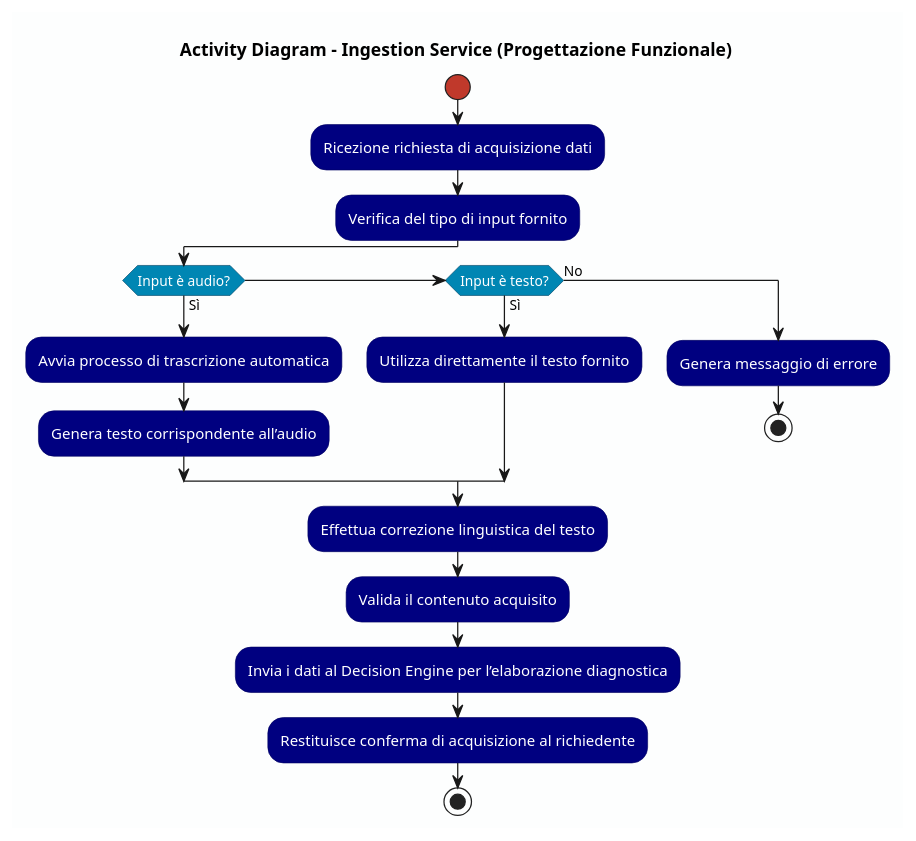
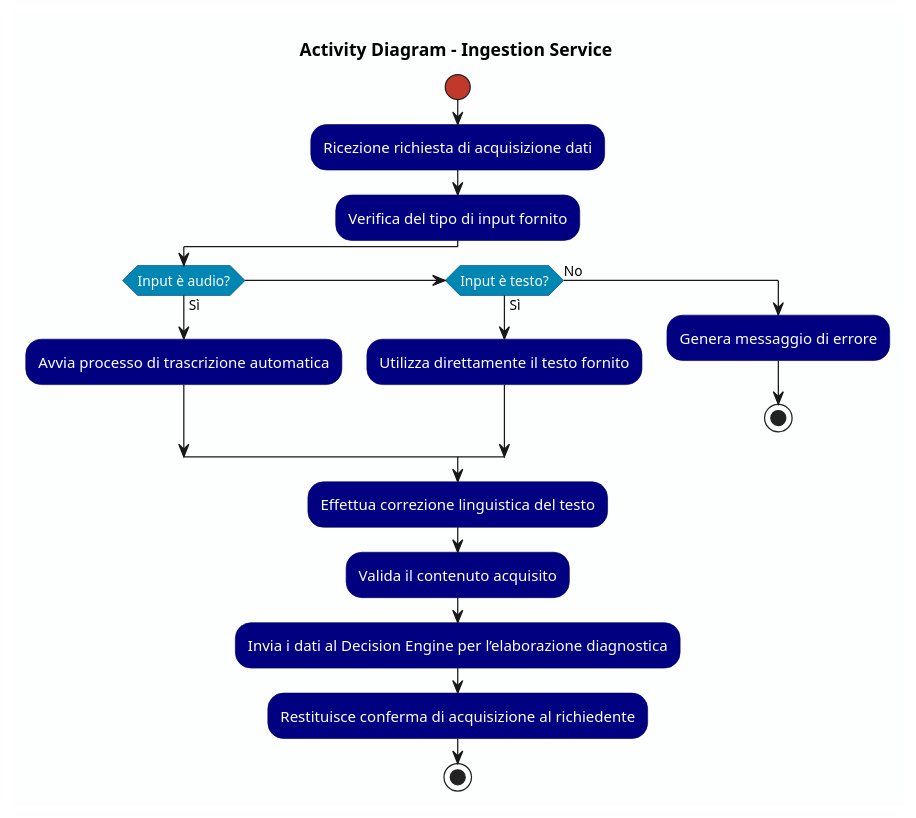
One commit to simodf7/HealthGate changed the diagram in documentation/diagrammi/activity_diagram_INGESTION.puml. Above: the diagram before and after it, drawn with PlantUML. The commit also changed 29 other files, not shown here.

```diff
--- a/documentation/diagrammi/activity_diagram_INGESTION.puml
+++ b/documentation/diagrammi/activity_diagram_INGESTION.puml
@@ -1,38 +1,37 @@
 @startuml activity_diagram_INGESTION
-title Activity Diagram - Ingestion Service (Progettazione Funzionale)
+title Activity Diagram - Ingestion Service
 
 skinparam backgroundColor #FDFEFE
 skinparam activity {
   BackgroundColor #000080
   BorderColor #000060
   FontColor white
   DiamondBackgroundColor #0086b3
   DiamondBorderColor #004466
   StartColor #C0392B
   EndColor #C0392B
 }
 
 start
 
 :Ricezione richiesta di acquisizione dati;
 
 :Verifica del tipo di input fornito;
 
 if (Input è audio?) then (Sì)
   :Avvia processo di trascrizione automatica;
-  :Genera testo corrispondente all’audio;
 elseif (Input è testo?) then (Sì)
   :Utilizza direttamente il testo fornito;
 else (No)
   :Genera messaggio di errore;
   stop
 endif
 
 :Effettua correzione linguistica del testo;
 :Valida il contenuto acquisito;
 
 :Invia i dati al Decision Engine per l’elaborazione diagnostica;
 :Restituisce conferma di acquisizione al richiedente;
 
 stop
 @enduml
```
